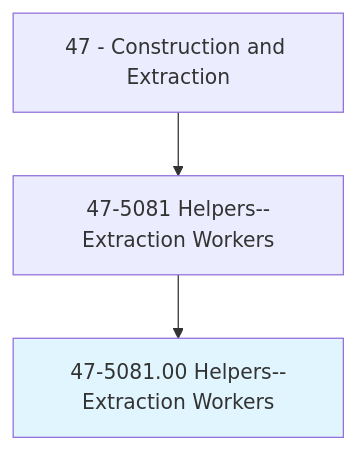
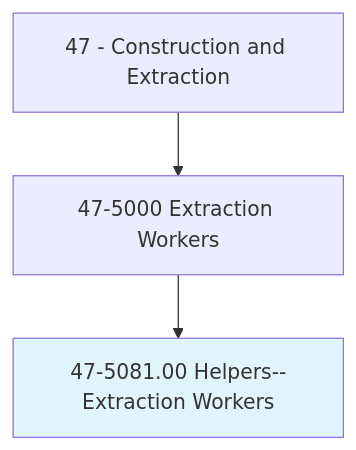
Before and after one commit to kziemski/business.org.ai: the first of 4 diagrams in occupations/Construction/HelpersExtractionWorkers.mdx, drawn with Mermaid. The commit also changed other lines of this file and 938 other files, not shown here.

````diff
--- a/occupations/Construction/HelpersExtractionWorkers.mdx
+++ b/occupations/Construction/HelpersExtractionWorkers.mdx
@@ -19,6 +23,6 @@
 ```mermaid
 graph TD
-    Cat47["47 - Construction and Extraction"] --> Group475081["47-5081 Helpers--Extraction Workers"]
-    Group475081 --> Current["47-5081.00 Helpers--Extraction Workers"]
+    Cat47["47 - Construction and Extraction"] --> Group475["47-5000 Extraction Workers"]
+    Group475 --> Current["47-5081.00 Helpers--Extraction Workers"]
     style Current fill:#e1f5fe
 ```
````
